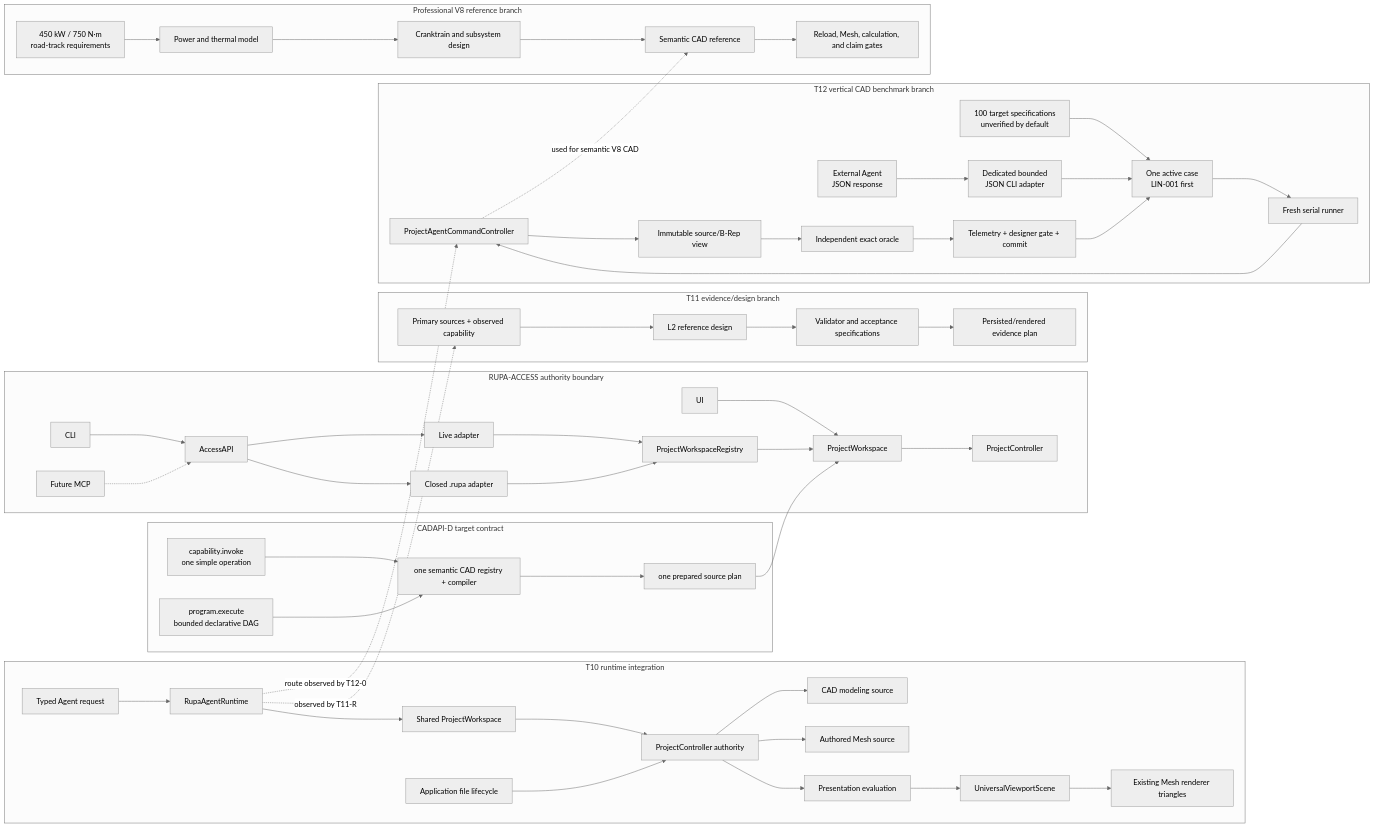
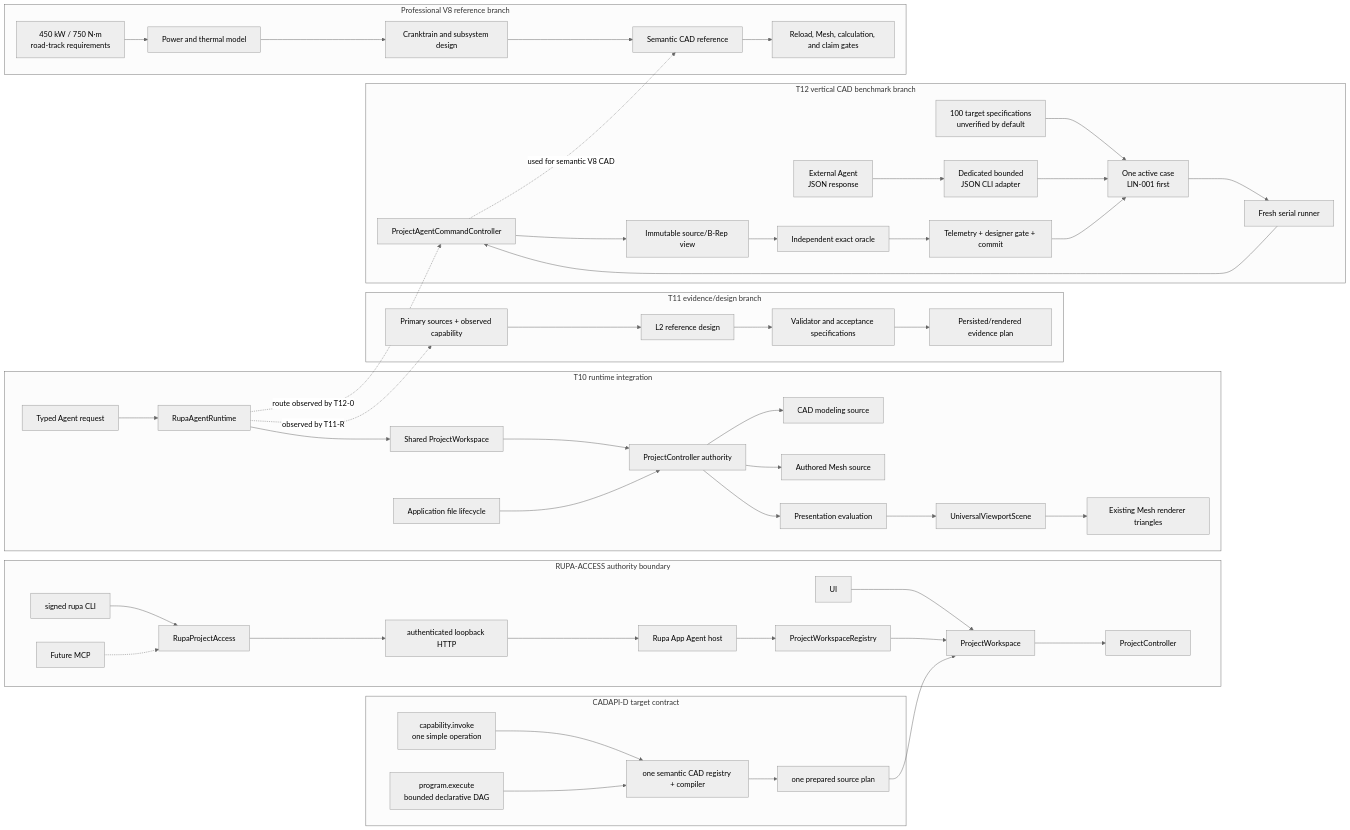
The first of 3 diagrams in DESIGN.md (1amageek/Rupa), drawn with Mermaid (neutral theme) before and after one commit. The commit also changed other lines of this file and 5 other files, not shown here.

````diff
--- a/DESIGN.md
+++ b/DESIGN.md
@@ -81,56 +90,55 @@
 ```mermaid
 flowchart LR
     subgraph Access["RUPA-ACCESS authority boundary"]
         UIAccess["UI"] --> WorkspaceAuthority["ProjectWorkspace"]
-        CLIAccess["CLI"] --> AccessAPI
+        CLIAccess["signed rupa CLI"] --> AccessAPI
         MCPAccess["Future MCP"] -.-> AccessAPI
-        AccessAPI --> LiveAdapter["Live adapter"]
-        AccessAPI --> ClosedAdapter["Closed .rupa adapter"]
-        LiveAdapter --> WorkspaceRegistry["ProjectWorkspaceRegistry"]
-        ClosedAdapter --> WorkspaceRegistry
+        AccessAPI["RupaProjectAccess"] --> LiveAdapter["authenticated loopback HTTP"]
+        LiveAdapter --> AppHost["Rupa App Agent host"]
+        AppHost --> WorkspaceRegistry["ProjectWorkspaceRegistry"]
         WorkspaceRegistry --> WorkspaceAuthority
         WorkspaceAuthority --> ControllerAuthority["ProjectController"]
     end
     subgraph T10["T10 runtime integration"]
         Agent["Typed Agent request"] --> Runtime["RupaAgentRuntime"]
         Runtime --> Workspace["Shared ProjectWorkspace"]
         Workspace --> Project["ProjectController authority"]
         Project --> CAD["CAD modeling source"]
         Project --> Mesh["Authored Mesh source"]
         Project --> Eval["Presentation evaluation"]
         Eval --> Scene["UniversalViewportScene"]
         Scene --> Render["Existing Mesh renderer triangles"]
         App["Application file lifecycle"] --> Project
     end
     subgraph CADAPI["CADAPI-D target contract"]
         Direct["capability.invoke\none simple operation"] --> Semantic["one semantic CAD registry + compiler"]
         Program["program.execute\nbounded declarative DAG"] --> Semantic
         Semantic --> Prepared["one prepared source plan"]
         Prepared --> WorkspaceAuthority
     end
     subgraph T11["T11 evidence/design branch"]
         Sources["Primary sources + observed capability"] --> Reference["L2 reference design"]
         Reference --> Acceptance["Validator and acceptance specifications"]
         Acceptance --> ArtifactEvidence["Persisted/rendered evidence plan"]
     end
     subgraph T12["T12 vertical CAD benchmark branch"]
         Challenge["100 target specifications\nunverified by default"] --> Active["One active case\nLIN-001 first"]
         External["External Agent\nJSON response"] --> Adapter["Dedicated bounded\nJSON CLI adapter"]
         Adapter --> Active
         Active --> Runner["Fresh serial runner"]
         Runner --> AgentRoute["ProjectAgentCommandController"]
         AgentRoute --> SourceSnapshot["Immutable source/B-Rep view"]
         SourceSnapshot --> Oracle["Independent exact oracle"]
         Oracle --> Gate["Telemetry + designer gate + commit"]
         Gate --> Active
     end
     subgraph V8["Professional V8 reference branch"]
         V8Req["450 kW / 750 N·m\nroad-track requirements"] --> V8Thermal["Power and thermal model"]
         V8Thermal --> V8Mechanical["Cranktrain and subsystem design"]
         V8Mechanical --> V8CAD["Semantic CAD reference"]
         V8CAD --> V8Evidence["Reload, Mesh, calculation, and claim gates"]
     end
     Runtime -. "observed by T11-R" .-> Sources
     Runtime -. "route observed by T12-0" .-> AgentRoute
     AgentRoute -. "used for semantic V8 CAD" .-> V8CAD
 ```
````
